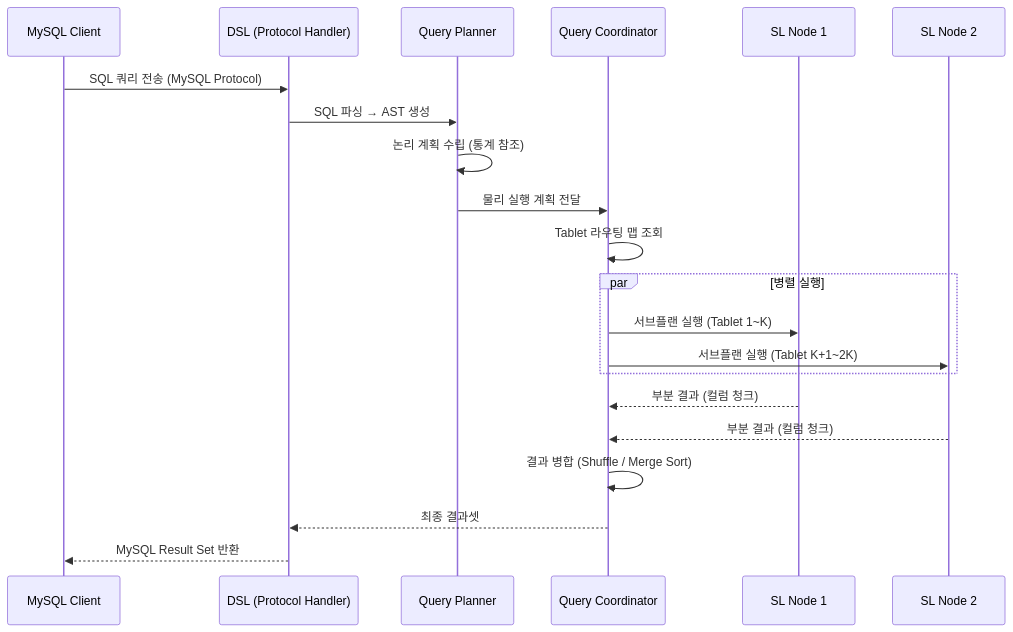
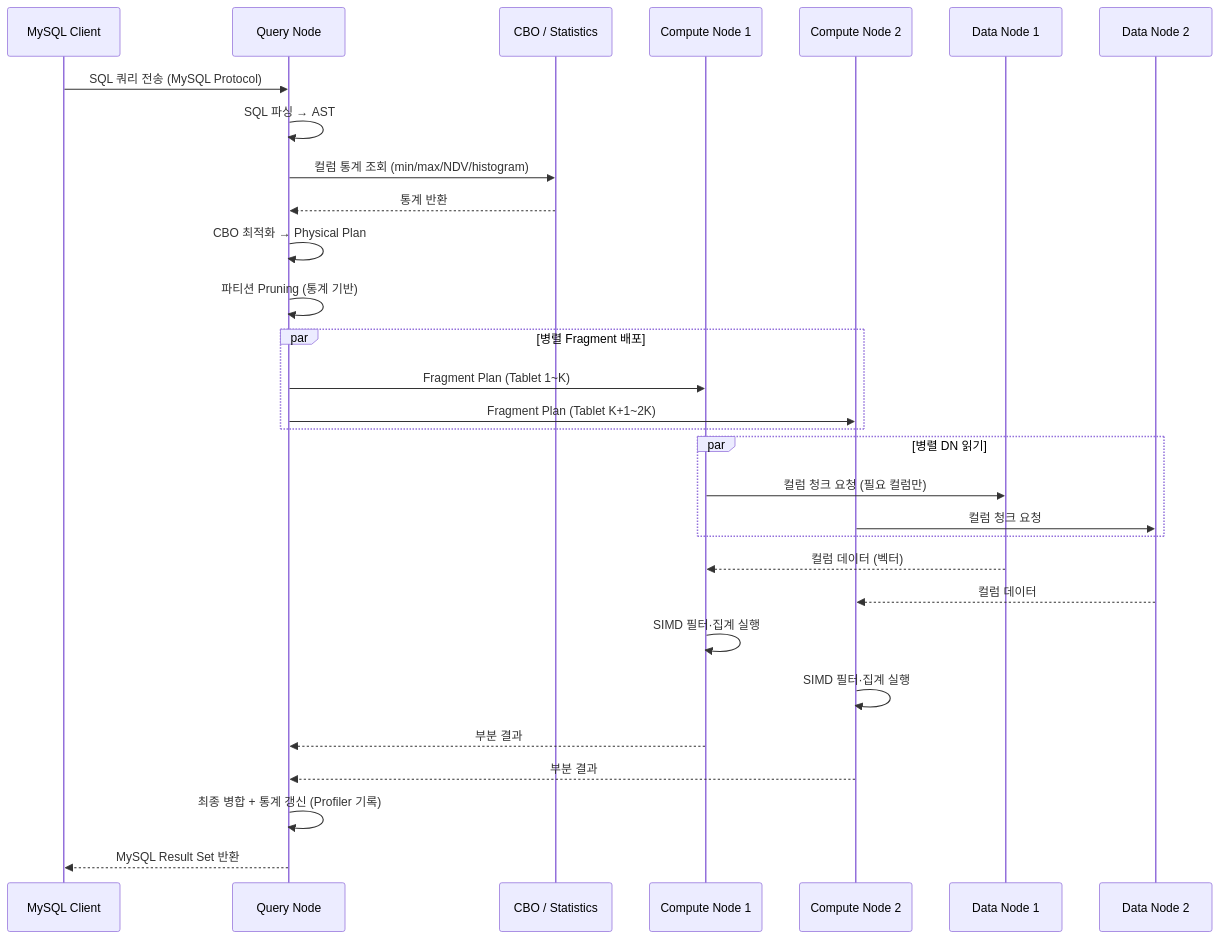
One commit to moweonlee/wow-db changed the second of 7 diagrams in specification/srs.md. Above: the diagram before and after it, drawn with Mermaid. The commit also changed other lines of this file and 30 other files, not shown here.

````diff
--- a/specification/srs.md
+++ b/specification/srs.md
@@ -252,24 +398,33 @@
 ```mermaid
 sequenceDiagram
     participant CL as MySQL Client
-    participant DSL as DSL (Protocol Handler)
-    participant QP as Query Planner
-    participant QC as Query Coordinator
-    participant SL1 as SL Node 1
-    participant SL2 as SL Node 2
+    participant QN as Query Node
+    participant CBO as CBO / Statistics
+    participant CN1 as Compute Node 1
+    participant CN2 as Compute Node 2
+    participant DN1 as Data Node 1
+    participant DN2 as Data Node 2
 
-    CL->>DSL: SQL 쿼리 전송 (MySQL Protocol)
-    DSL->>QP: SQL 파싱 → AST 생성
-    QP->>QP: 논리 계획 수립 (통계 참조)
-    QP->>QC: 물리 실행 계획 전달
-    QC->>QC: Tablet 라우팅 맵 조회
-    par 병렬 실행
-        QC->>SL1: 서브플랜 실행 (Tablet 1~K)
-        QC->>SL2: 서브플랜 실행 (Tablet K+1~2K)
+    CL->>QN: SQL 쿼리 전송 (MySQL Protocol)
+    QN->>QN: SQL 파싱 → AST
+    QN->>CBO: 컬럼 통계 조회 (min/max/NDV/histogram)
+    CBO-->>QN: 통계 반환
+    QN->>QN: CBO 최적화 → Physical Plan
+    QN->>QN: 파티션 Pruning (통계 기반)
+    par 병렬 Fragment 배포
+        QN->>CN1: Fragment Plan (Tablet 1~K)
+        QN->>CN2: Fragment Plan (Tablet K+1~2K)
     end
-    SL1-->>QC: 부분 결과 (컬럼 청크)
-    SL2-->>QC: 부분 결과 (컬럼 청크)
-    QC->>QC: 결과 병합 (Shuffle / Merge Sort)
-    QC-->>DSL: 최종 결과셋
-    DSL-->>CL: MySQL Result Set 반환
+    par 병렬 DN 읽기
+        CN1->>DN1: 컬럼 청크 요청 (필요 컬럼만)
+        CN2->>DN2: 컬럼 청크 요청
+    end
+    DN1-->>CN1: 컬럼 데이터 (벡터)
+    DN2-->>CN2: 컬럼 데이터
+    CN1->>CN1: SIMD 필터·집계 실행
+    CN2->>CN2: SIMD 필터·집계 실행
+    CN1-->>QN: 부분 결과
+    CN2-->>QN: 부분 결과
+    QN->>QN: 최종 병합 + 통계 갱신 (Profiler 기록)
+    QN-->>CL: MySQL Result Set 반환
 ```
````
